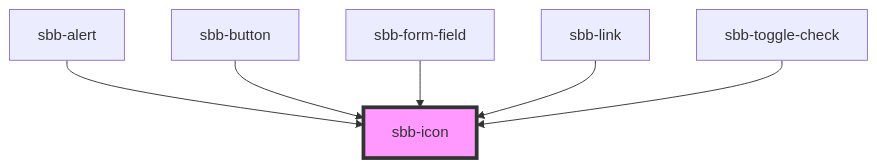
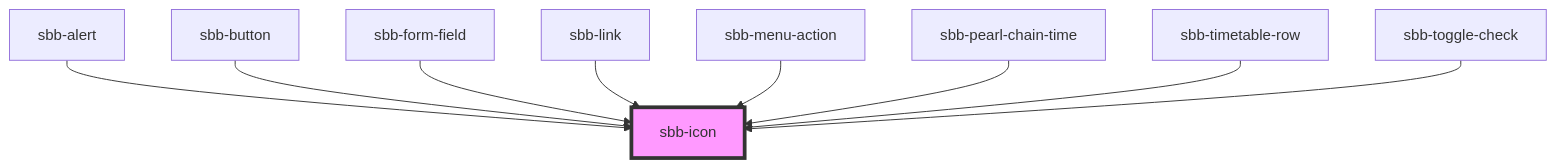
One commit to sbb-design-systems/lyne-components changed the diagram in src/components/sbb-icon/readme.md. Above: the diagram before and after it, drawn with Mermaid.

Commit message:
chore: fix integrity

````diff
--- a/src/components/sbb-icon/readme.md
+++ b/src/components/sbb-icon/readme.md
@@ -109,9 +109,12 @@
 ```mermaid
 graph TD;
   sbb-alert --> sbb-icon
   sbb-button --> sbb-icon
   sbb-form-field --> sbb-icon
   sbb-link --> sbb-icon
+  sbb-menu-action --> sbb-icon
+  sbb-pearl-chain-time --> sbb-icon
+  sbb-timetable-row --> sbb-icon
   sbb-toggle-check --> sbb-icon
   style sbb-icon fill:#f9f,stroke:#333,stroke-width:4px
 ```
````
